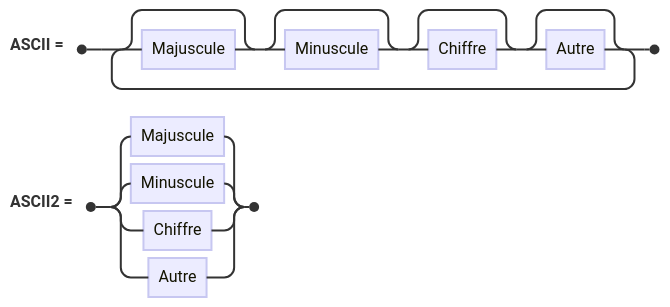
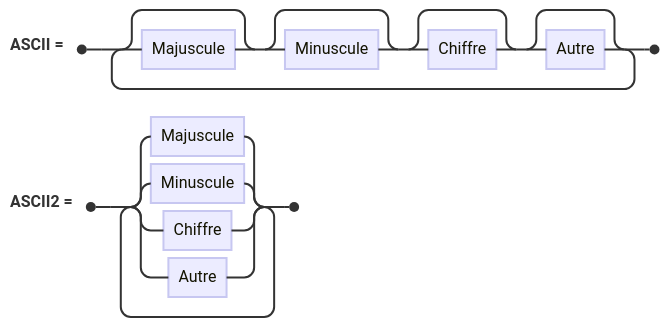
One commit to VFD/SanyoPHC25 changed the second of 5 diagrams in library/books/SyntaxeDuBasic.md. Above: the diagram before and after it, drawn with Mermaid.

````diff
--- a/library/books/SyntaxeDuBasic.md
+++ b/library/books/SyntaxeDuBasic.md
@@ -53,7 +53,7 @@
 ```mermaid
 railroad-peg-beta
 
 ASCII <- ( Majuscule? Minuscule? Chiffre? Autre? )+ ; 
 
-ASCII2 <- Majuscule / Minuscule / Chiffre / Autre ;
+ASCII2 <- ( Majuscule / Minuscule / Chiffre / Autre )+ ;
 ```
````
